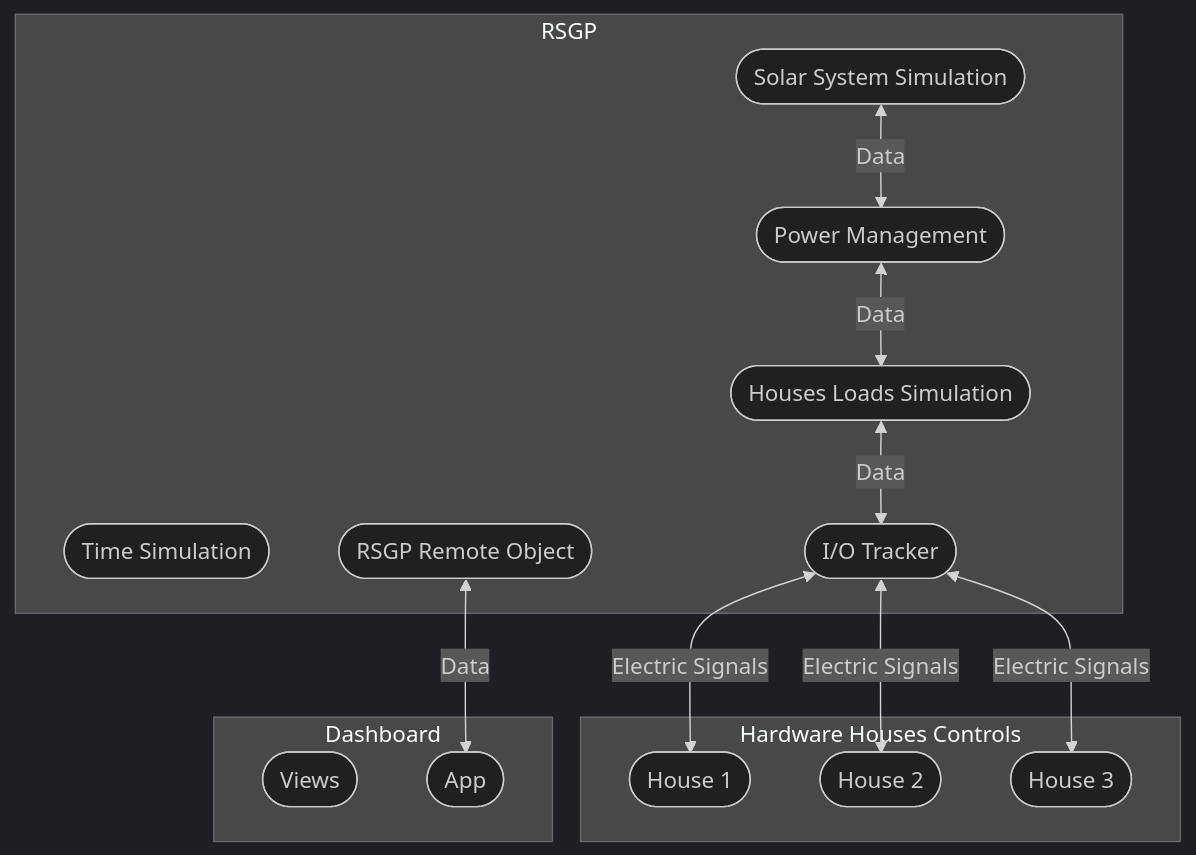
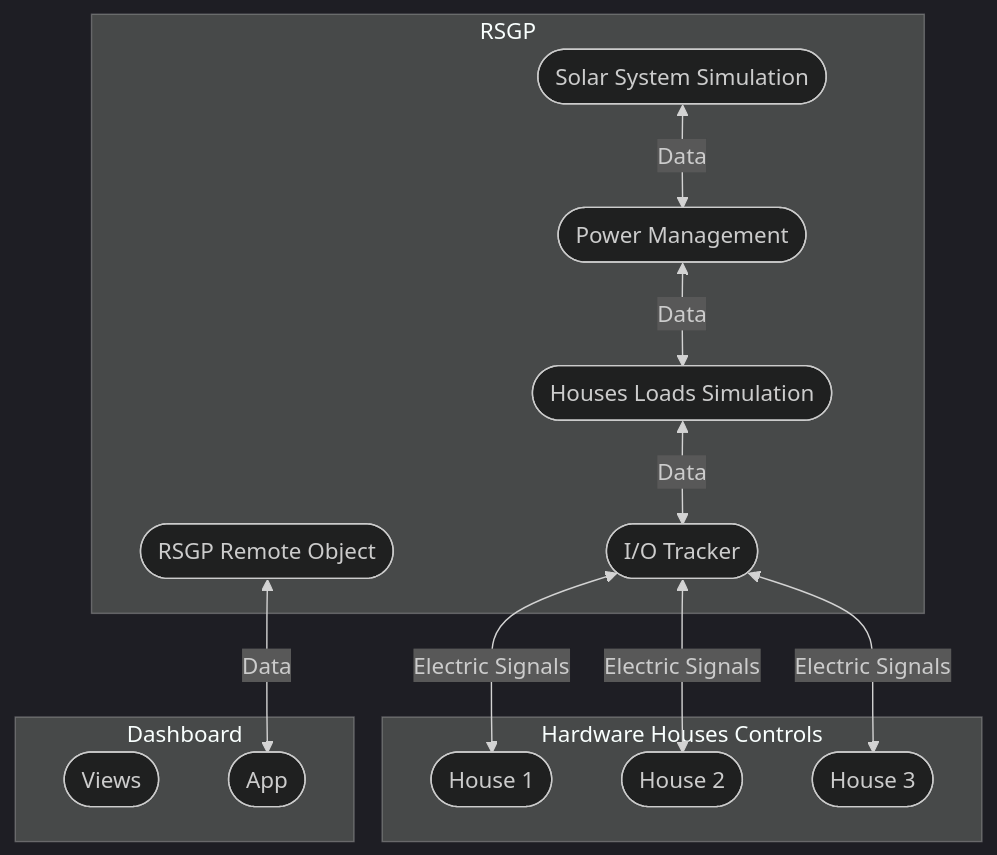
Before and after one commit to ezAldinWaez/residential-smart-grid-prototype: the first of 2 diagrams in README.md, drawn with Mermaid (dark theme). The commit also changed other lines of this file and 11 other files, not shown here.

````diff
--- a/README.md
+++ b/README.md
@@ -30,27 +30,26 @@
 ```mermaid
 graph TB
 
   subgraph HHC[Hardware Houses Controls]
     HHC_H1([House 1])
     HHC_H2([House 2])
     HHC_H3([House 3])
   end
 
   subgraph RSGP[RSGP]
-    RSGP_TS([Time Simulation])
     RSGP_SSS([Solar System Simulation])
     RSGP_PM([Power Management])
     RSGP_HLS([Houses Loads Simulation])
     RSGP_IOT([I/O Tracker])
     RSGP_RO([RSGP Remote Object])
   end
 
   subgraph D[Dashboard]
     D_V([Views])
     D_A([App])
   end
 
   RSGP_SSS <--Data--> RSGP_PM <--Data--> RSGP_HLS
   RSGP_HLS <--Data--> RSGP_IOT <--Electric Signals--> HHC_H1 & HHC_H2 & HHC_H3
   RSGP_RO <--Data--> D_A
 ```
````
